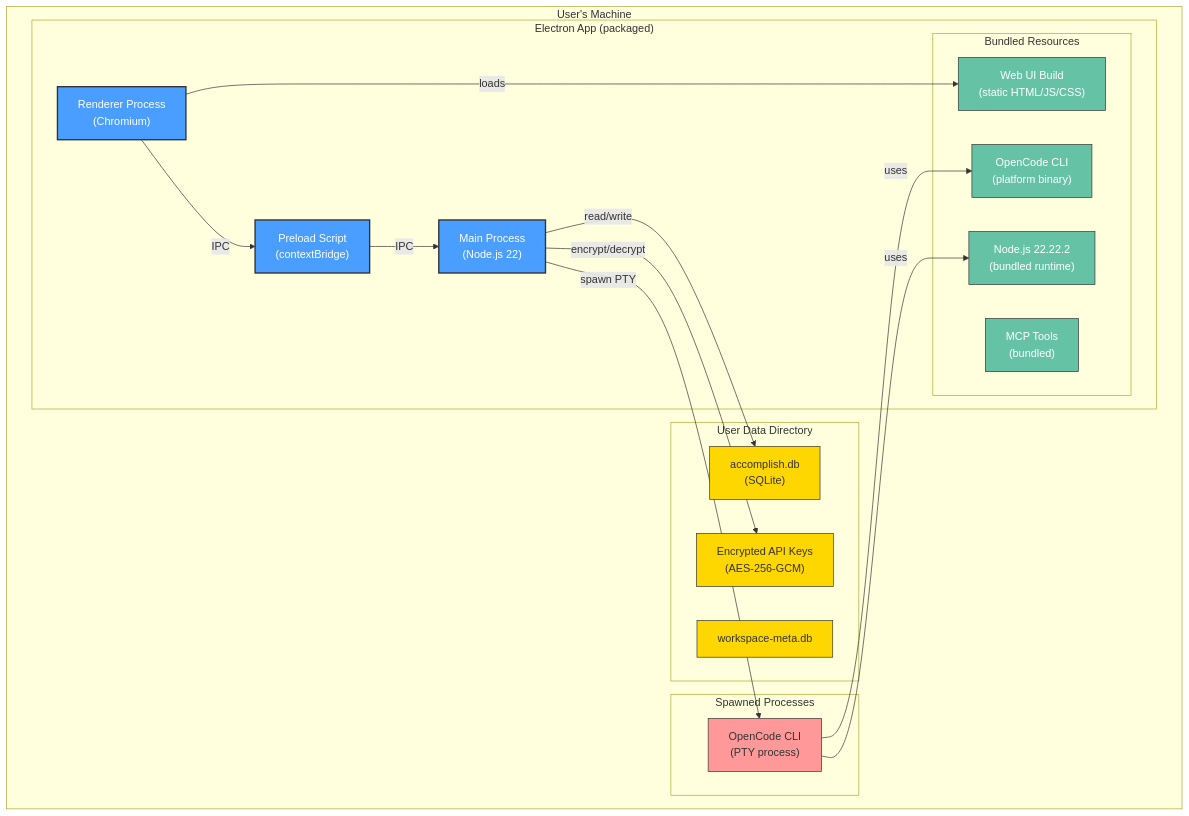
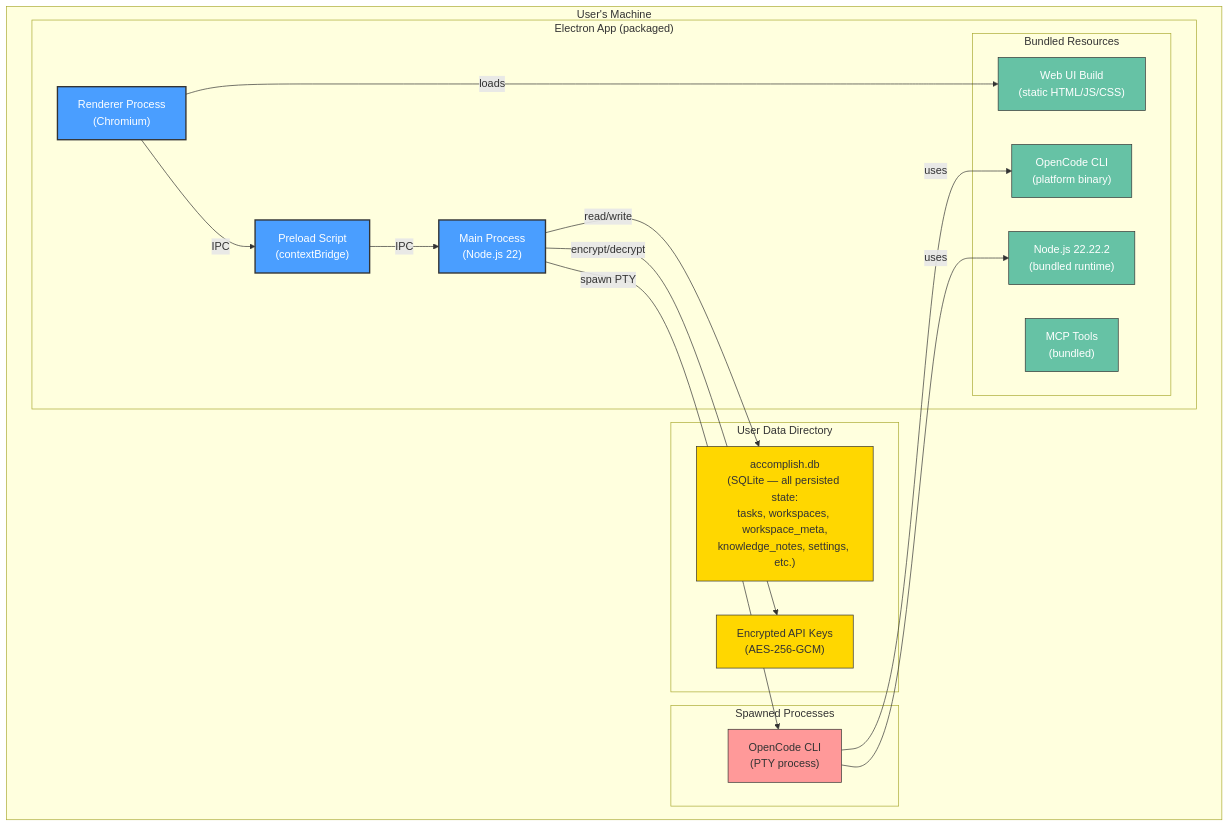
One commit to xztxy/openwork changed the fifth of 5 diagrams in AD.md. Above: the diagram before and after it, drawn with Mermaid. The commit also changed 41 other files, not shown here.

First line of the commit message:
fix: consolidate workspace-meta.db into accomplish.db and restore knowledge-note delivery (#954)

````diff
--- a/AD.md
+++ b/AD.md
@@ -416,46 +416,45 @@
 ```mermaid
 graph TB
     subgraph "User's Machine"
         subgraph "Electron App (packaged)"
             MainProcess["Main Process<br/>(Node.js 22)"]
             PreloadScript["Preload Script<br/>(contextBridge)"]
             RendererProcess["Renderer Process<br/>(Chromium)"]
 
             subgraph "Bundled Resources"
                 WebBuild["Web UI Build<br/>(static HTML/JS/CSS)"]
                 OpenCodeBin["OpenCode CLI<br/>(platform binary)"]
                 MCPTools["MCP Tools<br/>(bundled)"]
                 BundledNode["Node.js 22.22.2<br/>(bundled runtime)"]
             end
         end
 
         subgraph "User Data Directory"
-            SQLiteDB["accomplish.db<br/>(SQLite)"]
+            SQLiteDB["accomplish.db<br/>(SQLite — all persisted state:<br/>tasks, workspaces, workspace_meta,<br/>knowledge_notes, settings, etc.)"]
             EncryptedKeys["Encrypted API Keys<br/>(AES-256-GCM)"]
-            WorkspaceMeta["workspace-meta.db"]
         end
 
         subgraph "Spawned Processes"
             PTY["OpenCode CLI<br/>(PTY process)"]
         end
     end
 
     RendererProcess -->|"IPC"| PreloadScript
     PreloadScript -->|"IPC"| MainProcess
     MainProcess -->|"spawn PTY"| PTY
     MainProcess -->|"read/write"| SQLiteDB
     MainProcess -->|"encrypt/decrypt"| EncryptedKeys
     RendererProcess -->|"loads"| WebBuild
     PTY -->|"uses"| OpenCodeBin
     PTY -->|"uses"| BundledNode
 
     classDef processNode fill:#4a9eff,stroke:#333,stroke-width:2px,color:#fff
     classDef resourceNode fill:#66c2a5,stroke:#333,stroke-width:1px,color:#fff
     classDef dataNode fill:#ffd700,stroke:#333,stroke-width:1px
     classDef spawnedNode fill:#ff9999,stroke:#333,stroke-width:1px
 
     class MainProcess,PreloadScript,RendererProcess processNode
     class WebBuild,OpenCodeBin,MCPTools,BundledNode resourceNode
-    class SQLiteDB,EncryptedKeys,WorkspaceMeta dataNode
+    class SQLiteDB,EncryptedKeys dataNode
     class PTY spawnedNode
 ```
````
